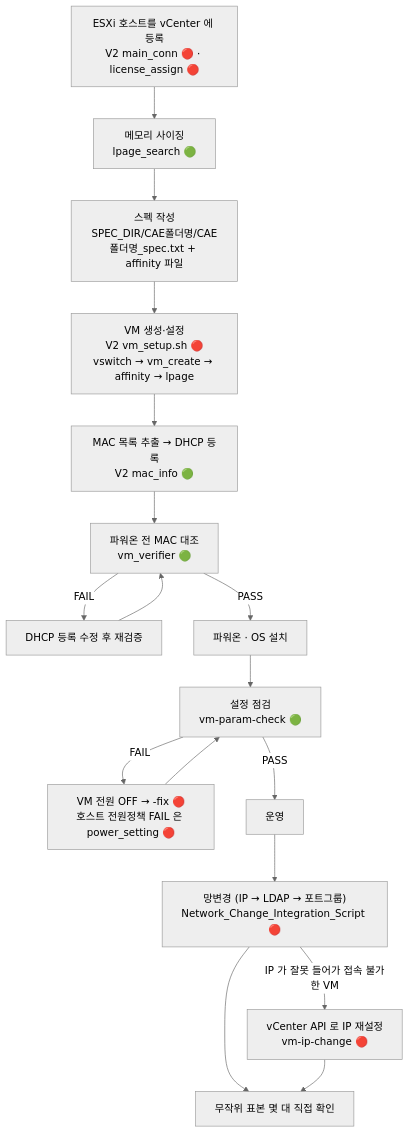
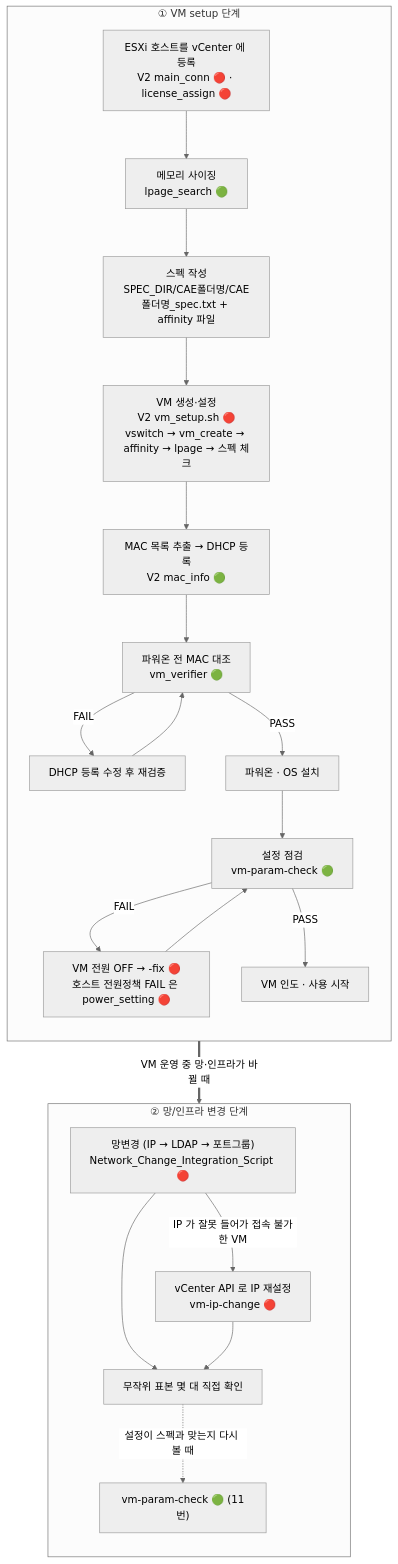
The diagram in .claude/VM/인수인계/README.md (qazx2675/myrepo), drawn with Mermaid (neutral theme) before and after one commit. The commit also changed other lines of this file and 15 other files, not shown here.

First line of the commit message:
docs(VM/인수인계): V2 변동사항 반영, 전체 흐름도 VM setup / 망·인프라 변경 단계 분리, 흐름도 디자인 개선

````diff
--- a/.claude/VM/인수인계/README.md
+++ b/.claude/VM/인수인계/README.md
@@ -24,17 +26,31 @@
 ```mermaid
 flowchart TD
-    A["ESXi 호스트를 vCenter 에 등록<br/>V2 main_conn 🔴 · license_assign 🔴"] --> B["메모리 사이징<br/>lpage_search 🟢"]
-    B --> C["스펙 작성<br/>SPEC_DIR/CAE폴더명/CAE폴더명_spec.txt + affinity 파일"]
-    C --> D["VM 생성·설정<br/>V2 vm_setup.sh 🔴<br/>vswitch → vm_create → affinity → lpage"]
-    D --> E["MAC 목록 추출 → DHCP 등록<br/>V2 mac_info 🟢"]
-    E --> F["파워온 전 MAC 대조<br/>vm_verifier 🟢"]
-    F -- FAIL --> F1["DHCP 등록 수정 후 재검증"] --> F
-    F -- PASS --> G["파워온 · OS 설치"]
-    G --> H["설정 점검<br/>vm-param-check 🟢"]
-    H -- FAIL --> H1["VM 전원 OFF → -fix 🔴<br/>호스트 전원정책 FAIL 은 power_setting 🔴"] --> H
-    H -- PASS --> I["운영"]
-    I --> J["망변경 (IP → LDAP → 포트그룹)<br/>Network_Change_Integration_Script 🔴"]
-    J -- "IP 가 잘못 들어가 접속 불가한 VM" --> K["vCenter API 로 IP 재설정<br/>vm-ip-change 🔴"]
-    J --> L["무작위 표본 몇 대 직접 확인"]
-    K --> L
+    subgraph S1["① VM setup 단계"]
+        direction TB
+        A["ESXi 호스트를 vCenter 에 등록<br/>V2 main_conn 🔴 · license_assign 🔴"] --> B["메모리 사이징<br/>lpage_search 🟢"]
+        B --> C["스펙 작성<br/>SPEC_DIR/CAE폴더명/CAE폴더명_spec.txt + affinity 파일"]
+        C --> D["VM 생성·설정<br/>V2 vm_setup.sh 🔴<br/>vswitch → vm_create → affinity → lpage → 스펙 체크"]
+        D --> E["MAC 목록 추출 → DHCP 등록<br/>V2 mac_info 🟢"]
+        E --> F["파워온 전 MAC 대조<br/>vm_verifier 🟢"]
+        F -- FAIL --> F1["DHCP 등록 수정 후 재검증"] --> F
+        F -- PASS --> G["파워온 · OS 설치"]
+        G --> H["설정 점검<br/>vm-param-check 🟢"]
+        H -- FAIL --> H1["VM 전원 OFF → -fix 🔴<br/>호스트 전원정책 FAIL 은 power_setting 🔴"] --> H
+        H -- PASS --> I["VM 인도 · 사용 시작"]
+    end
+    subgraph S2["② 망/인프라 변경 단계"]
+        direction TB
+        J["망변경 (IP → LDAP → 포트그룹)<br/>Network_Change_Integration_Script 🔴"]
+        J -- "IP 가 잘못 들어가 접속 불가한 VM" --> K["vCenter API 로 IP 재설정<br/>vm-ip-change 🔴"]
+        J --> L["무작위 표본 몇 대 직접 확인"]
+        K --> L
+        L -. "설정이 스펙과 맞는지 다시 볼 때" .-> M["vm-param-check 🟢 (11번)"]
+    end
+    S1 ==>|"VM 운영 중 망·인프라가 바뀔 때"| S2
+    class A,D,H1,J,K change
+    class B,E,M cmd
+    class C input
+    class F,H gate
+    class F1 warn
+    class I,L safe
 ```
````
